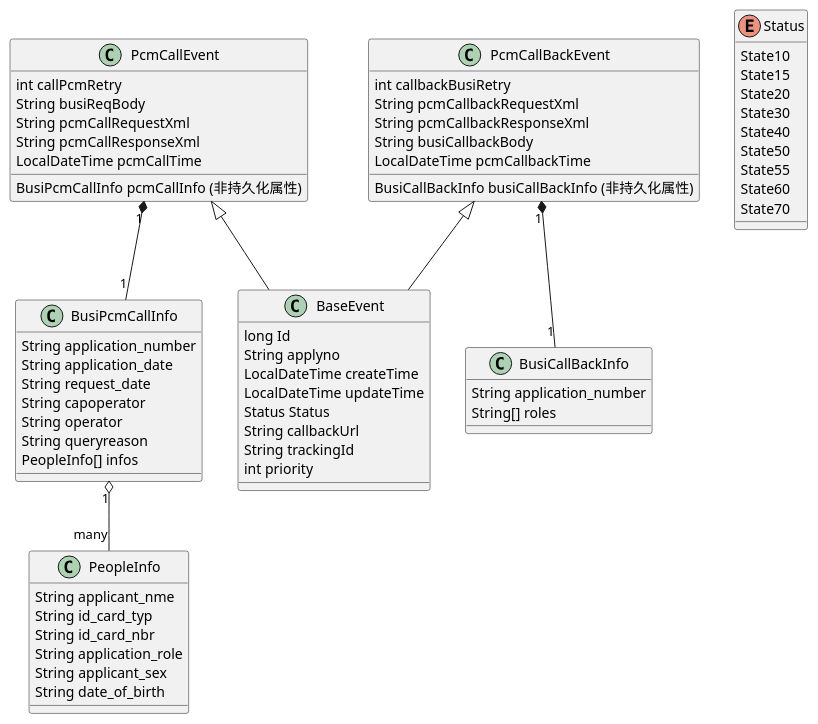
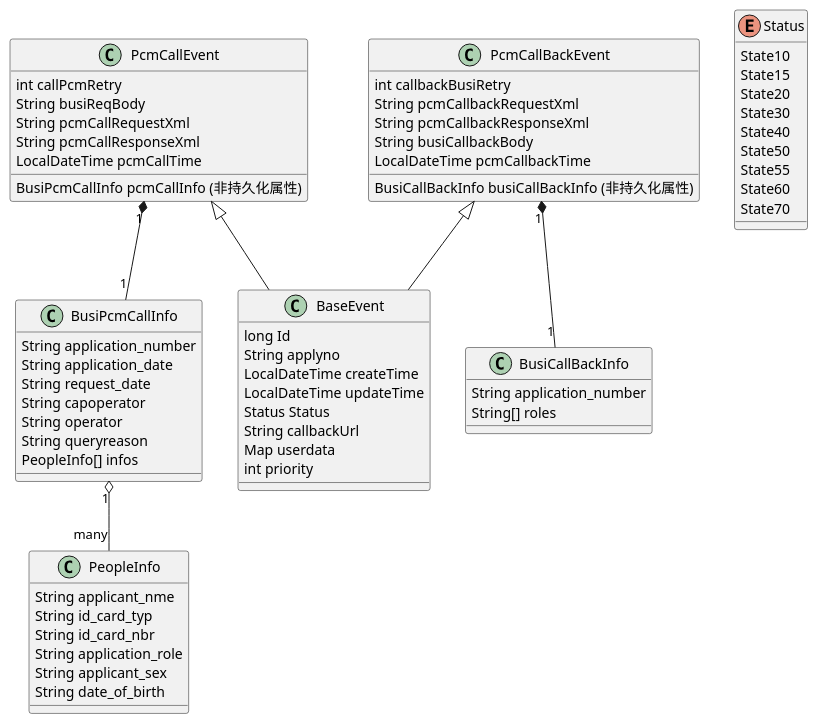
The fourth of 4 diagrams in PcmDispatcher设计文档.md (0xff1234/xiaoshujiang), drawn with PlantUML before and after one commit. The commit also changed other lines of this file, not shown here.

````diff
--- a/PcmDispatcher设计文档.md
+++ b/PcmDispatcher设计文档.md
@@ -143,75 +143,75 @@
 ``` plantuml!
 @startuml
 class BaseEvent {
   long Id
   String applyno
   LocalDateTime createTime
   LocalDateTime updateTime
   Status Status
   String callbackUrl
-  String trackingId
+  Map userdata
   int priority
 }
 
 class PcmCallEvent {
   int callPcmRetry
   String busiReqBody
   String pcmCallRequestXml
   String pcmCallResponseXml
   LocalDateTime pcmCallTime
   BusiPcmCallInfo pcmCallInfo (非持久化属性)
 }
 
 class PcmCallBackEvent {
   int callbackBusiRetry
   String pcmCallbackRequestXml
   String pcmCallbackResponseXml
   String busiCallbackBody
   LocalDateTime pcmCallbackTime
   BusiCallBackInfo busiCallBackInfo (非持久化属性)
 }
 
 class BusiCallBackInfo{
   String application_number
   String[] roles 
 }
 
 class BusiPcmCallInfo{
   String application_number
   String application_date
   String request_date
   String capoperator
   String operator
   String queryreason
   PeopleInfo[] infos 
 }
 
 class PeopleInfo{
   String applicant_nme
   String id_card_typ
   String id_card_nbr
   String application_role
   String applicant_sex
   String date_of_birth
 }
 
 BusiPcmCallInfo "1" o-- "many" PeopleInfo
 PcmCallEvent <|-- BaseEvent
 PcmCallEvent "1" *-- "1" BusiPcmCallInfo
 
 PcmCallBackEvent <|-- BaseEvent
 PcmCallBackEvent "1" *-- "1" BusiCallBackInfo
 
 enum Status {
   State10
   State15
   State20
   State30
   State40
   State50
   State55
   State60
   State70
 }
 @enduml
 ```
````
